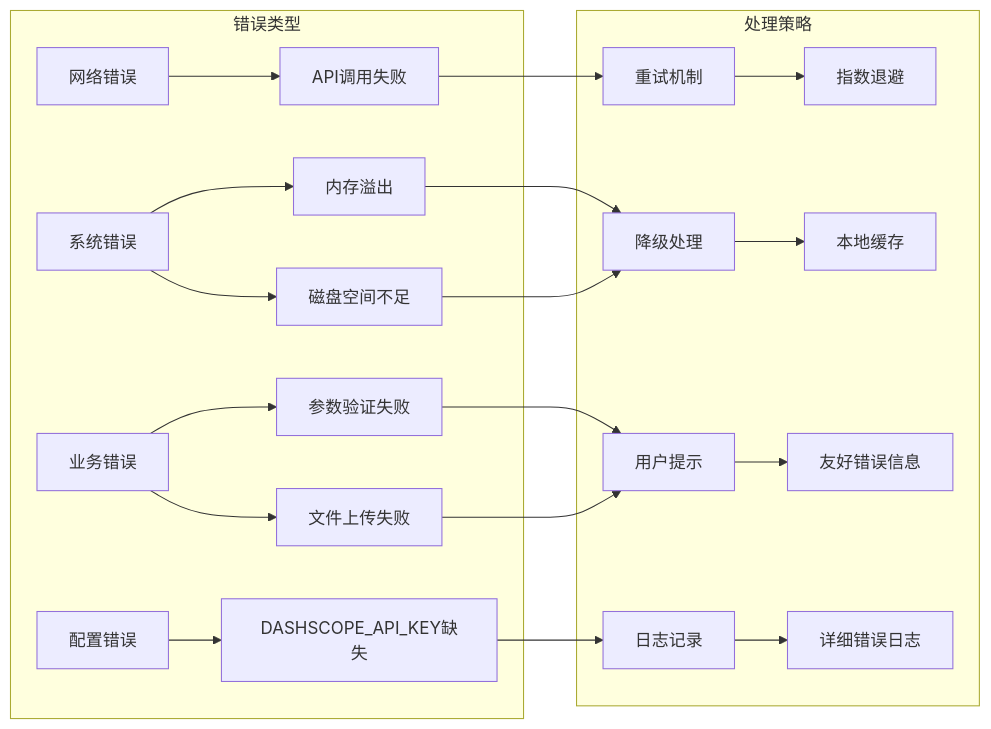
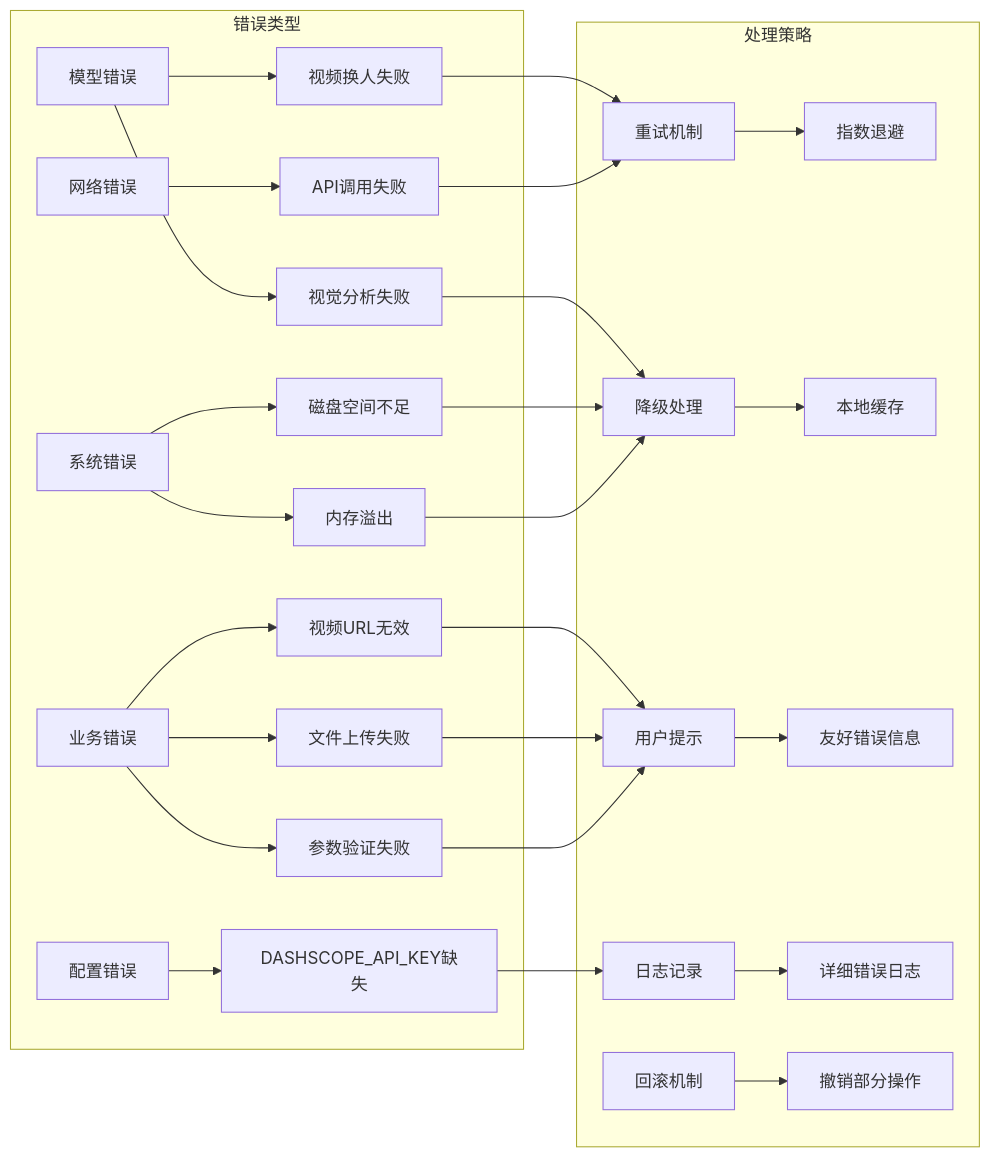
Before and after one commit to zuozuoliu740-cmd/xianxiong-news: the fifth of 7 diagrams in .qoder/repowiki/zh/content/Dashscope Integration.md, drawn with Mermaid. The commit also changed other lines of this file and 4 other files, not shown here.

````diff
--- a/.qoder/repowiki/zh/content/Dashscope Integration.md
+++ b/.qoder/repowiki/zh/content/Dashscope Integration.md
@@ -285,23 +330,30 @@
 ```mermaid
 graph LR
 subgraph "错误类型"
 A[配置错误] --> A1[DASHSCOPE_API_KEY缺失]
 B[网络错误] --> B1[API调用失败]
 C[业务错误] --> C1[参数验证失败]
 C --> C2[文件上传失败]
+C --> C3[视频URL无效]
 D[系统错误] --> D1[内存溢出]
 D --> D2[磁盘空间不足]
+E[模型错误] --> E1[视频换人失败]
+E --> E2[视觉分析失败]
 end
 subgraph "处理策略"
-E[重试机制] --> E1[指数退避]
-F[降级处理] --> F1[本地缓存]
-G[用户提示] --> G1[友好错误信息]
-H[日志记录] --> H1[详细错误日志]
+F[重试机制] --> F1[指数退避]
+G[降级处理] --> G1[本地缓存]
+H[用户提示] --> H1[友好错误信息]
+I[日志记录] --> I1[详细错误日志]
+J[回滚机制] --> J1[撤销部分操作]
 end
-A1 --> H
-B1 --> E
-C1 --> G
-C2 --> G
-D1 --> F
-D2 --> F
+A1 --> I
+B1 --> F
+C1 --> H
+C2 --> H
+C3 --> H
+D1 --> G
+D2 --> G
+E1 --> F
+E2 --> G
 ```
````
